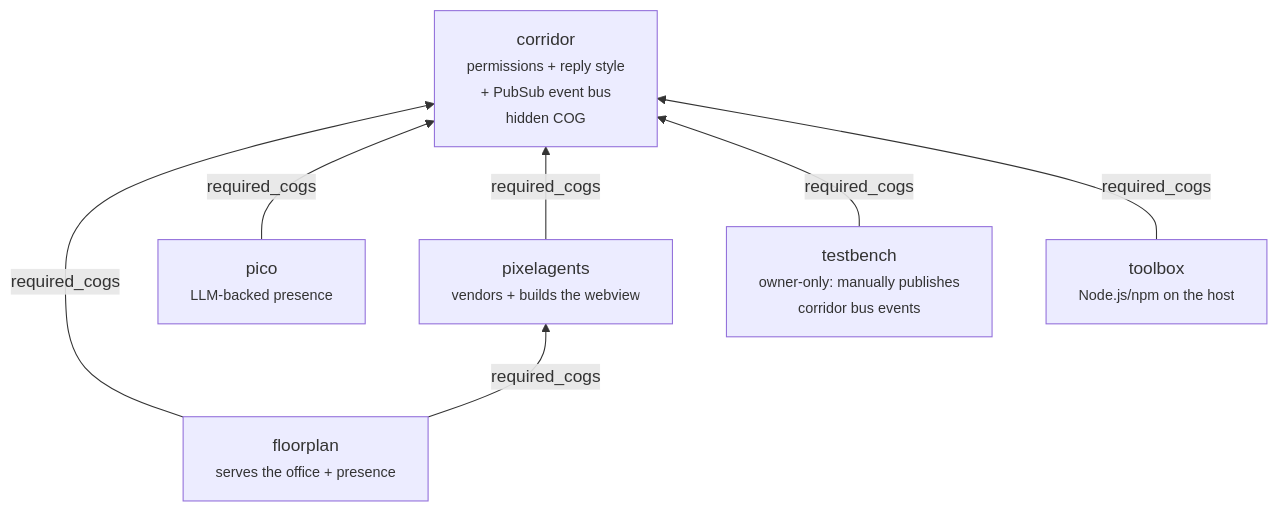
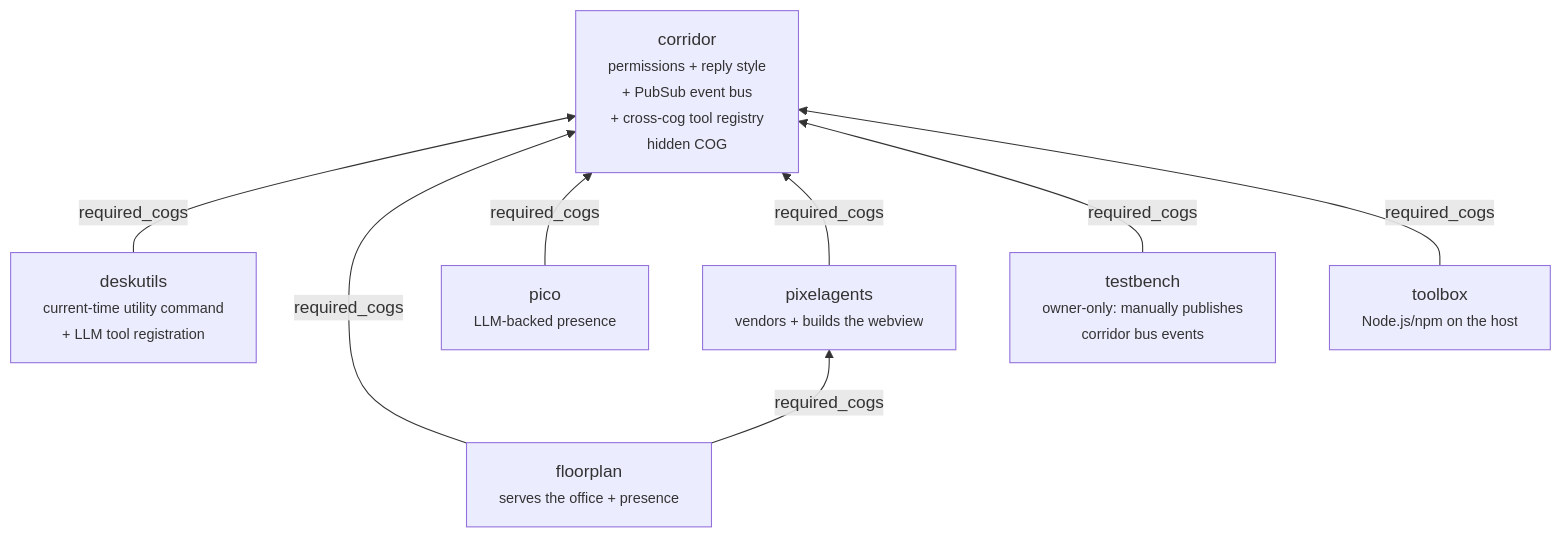
One commit to pixel-agents-hq/pixel-agents-cogs changed the first of 7 diagrams in docs/architecture.md. Above: the diagram before and after it, drawn with Mermaid. The commit also changed other lines of this file and 51 other files, not shown here.

First line of the commit message:
feat(deskutils,corridor,pico): add deskutils time cog + cross-cog LLM tool registry (#46)

````diff
--- a/docs/architecture.md
+++ b/docs/architecture.md
@@ -25,16 +26,18 @@
 ```mermaid
 flowchart BT
-    corridor["corridor<br/><small>permissions + reply style<br/>+ PubSub event bus</small><br/><small>hidden COG</small>"]
+    corridor["corridor<br/><small>permissions + reply style<br/>+ PubSub event bus<br/>+ cross-cog tool registry</small><br/><small>hidden COG</small>"]
+    deskutils["deskutils<br/><small>current-time utility command<br/>+ LLM tool registration</small>"]
     floorplan["floorplan<br/><small>serves the office + presence</small>"]
     pico["pico<br/><small>LLM-backed presence</small>"]
     pixelagents["pixelagents<br/><small>vendors + builds the webview</small>"]
     testbench["testbench<br/><small>owner-only: manually publishes<br/>corridor bus events</small>"]
     toolbox["toolbox<br/><small>Node.js/npm on the host</small>"]
 
+    deskutils -->|required_cogs| corridor
     floorplan -->|required_cogs| corridor
     pico -->|required_cogs| corridor
     pixelagents -->|required_cogs| corridor
     testbench -->|required_cogs| corridor
     toolbox -->|required_cogs| corridor
     floorplan -->|required_cogs| pixelagents
 ```
````
